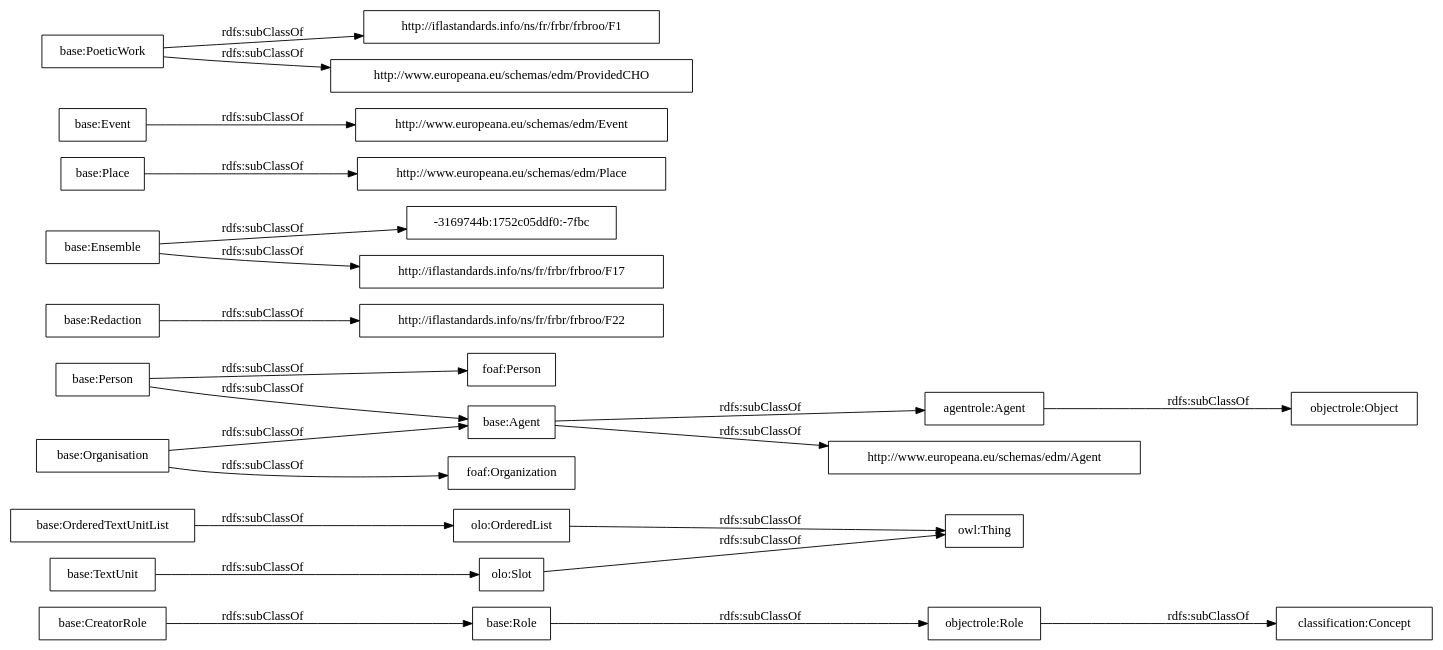
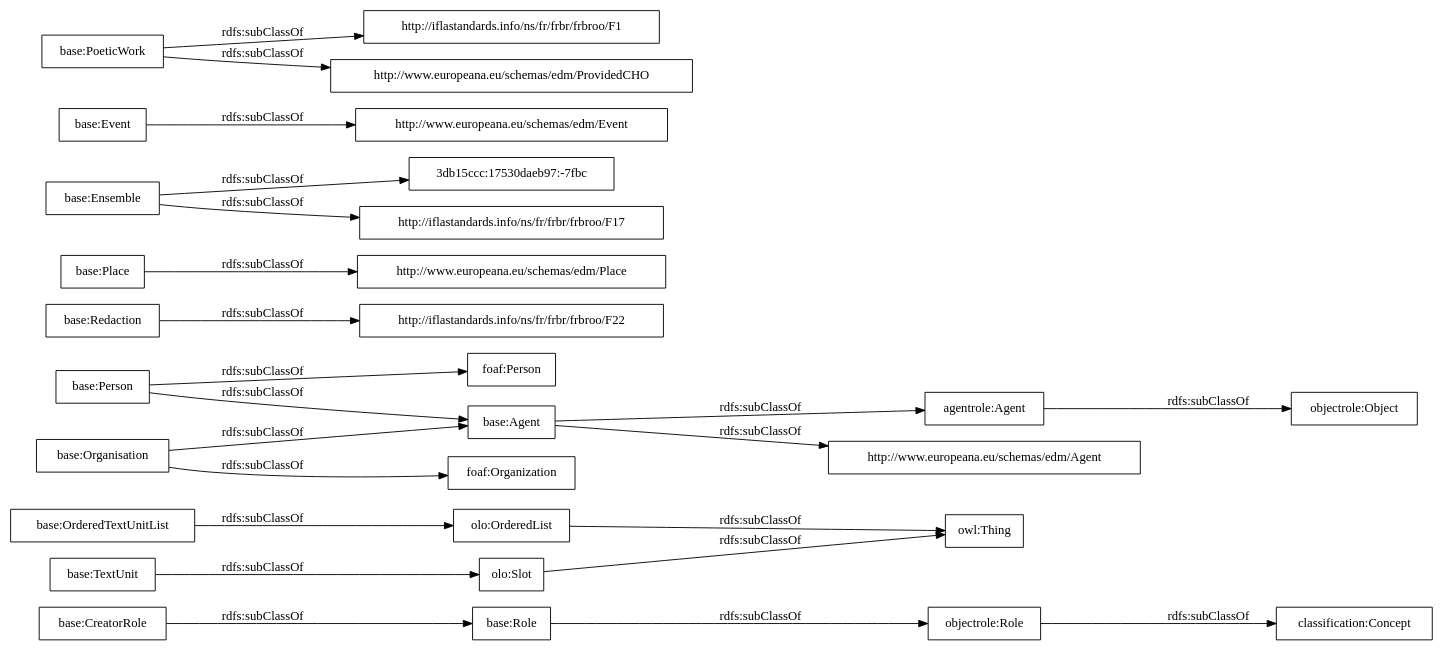
One commit to OnToologyUser/core-ontology-1 changed the diagram in OnToology/postdata-core.owl/diagrams/ar2dtool-taxonomy/postdata-core.owl.png.dot. Above: the diagram before and after it, drawn with Graphviz. The commit also changed 14 other files, not shown here.

```diff
--- a/OnToology/postdata-core.owl/diagrams/ar2dtool-taxonomy/postdata-core.owl.png.dot
+++ b/OnToology/postdata-core.owl/diagrams/ar2dtool-taxonomy/postdata-core.owl.png.dot
@@ -1,27 +1,27 @@
 digraph ar2dtool_diagram { 
 rankdir=LR;
 size="1000"
-node [shape = rectangle, color="black"]; "base:Role" "base:OrderedTextUnitList" "agentrole:Agent" "http://iflastandards.info/ns/fr/frbr/frbroo/F22" "http://www.europeana.eu/schemas/edm/Agent" "base:Agent" "base:CreatorRole" "base:Person" "-3169744b:1752c05ddf0:-7fbc" "base:Organisation" "http://www.europeana.eu/schemas/edm/Place" "base:Redaction" "foaf:Person" "base:Ensemble" "http://www.europeana.eu/schemas/edm/Event" "base:TextUnit" "http://iflastandards.info/ns/fr/frbr/frbroo/F1" "foaf:Organization" "http://www.europeana.eu/schemas/edm/ProvidedCHO" "base:Place" "base:Event" "base:PoeticWork" "http://iflastandards.info/ns/fr/frbr/frbroo/F17" "owl:Thing" "objectrole:Role" "objectrole:Object" "olo:Slot" "olo:OrderedList" "classification:Concept" ; /*classes style*/
+node [shape = rectangle, color="black"]; "base:Role" "base:OrderedTextUnitList" "agentrole:Agent" "http://iflastandards.info/ns/fr/frbr/frbroo/F22" "http://www.europeana.eu/schemas/edm/Agent" "base:Agent" "base:CreatorRole" "base:Person" "base:Organisation" "http://www.europeana.eu/schemas/edm/Place" "base:Redaction" "base:Ensemble" "foaf:Person" "http://www.europeana.eu/schemas/edm/Event" "base:TextUnit" "foaf:Organization" "http://iflastandards.info/ns/fr/frbr/frbroo/F1" "http://www.europeana.eu/schemas/edm/ProvidedCHO" "base:Place" "3db15ccc:17530daeb97:-7fbc" "base:Event" "base:PoeticWork" "http://iflastandards.info/ns/fr/frbr/frbroo/F17" "owl:Thing" "objectrole:Role" "objectrole:Object" "olo:Slot" "olo:OrderedList" "classification:Concept" ; /*classes style*/
 	"base:Redaction" -> "http://iflastandards.info/ns/fr/frbr/frbroo/F22" [ label = "rdfs:subClassOf" ];
 	"base:Role" -> "objectrole:Role" [ label = "rdfs:subClassOf" ];
 	"base:Event" -> "http://www.europeana.eu/schemas/edm/Event" [ label = "rdfs:subClassOf" ];
 	"base:Person" -> "foaf:Person" [ label = "rdfs:subClassOf" ];
 	"base:Person" -> "base:Agent" [ label = "rdfs:subClassOf" ];
 	"olo:OrderedList" -> "owl:Thing" [ label = "rdfs:subClassOf" ];
 	"olo:Slot" -> "owl:Thing" [ label = "rdfs:subClassOf" ];
 	"base:PoeticWork" -> "http://www.europeana.eu/schemas/edm/ProvidedCHO" [ label = "rdfs:subClassOf" ];
 	"base:PoeticWork" -> "http://iflastandards.info/ns/fr/frbr/frbroo/F1" [ label = "rdfs:subClassOf" ];
 	"base:TextUnit" -> "olo:Slot" [ label = "rdfs:subClassOf" ];
 	"agentrole:Agent" -> "objectrole:Object" [ label = "rdfs:subClassOf" ];
-	"base:Ensemble" -> "-3169744b:1752c05ddf0:-7fbc" [ label = "rdfs:subClassOf" ];
+	"base:Ensemble" -> "3db15ccc:17530daeb97:-7fbc" [ label = "rdfs:subClassOf" ];
 	"base:Ensemble" -> "http://iflastandards.info/ns/fr/frbr/frbroo/F17" [ label = "rdfs:subClassOf" ];
 	"base:OrderedTextUnitList" -> "olo:OrderedList" [ label = "rdfs:subClassOf" ];
 	"base:Agent" -> "agentrole:Agent" [ label = "rdfs:subClassOf" ];
 	"base:Agent" -> "http://www.europeana.eu/schemas/edm/Agent" [ label = "rdfs:subClassOf" ];
 	"objectrole:Role" -> "classification:Concept" [ label = "rdfs:subClassOf" ];
 	"base:Place" -> "http://www.europeana.eu/schemas/edm/Place" [ label = "rdfs:subClassOf" ];
 	"base:Organisation" -> "foaf:Organization" [ label = "rdfs:subClassOf" ];
 	"base:Organisation" -> "base:Agent" [ label = "rdfs:subClassOf" ];
 	"base:CreatorRole" -> "base:Role" [ label = "rdfs:subClassOf" ];
 
 }
```
